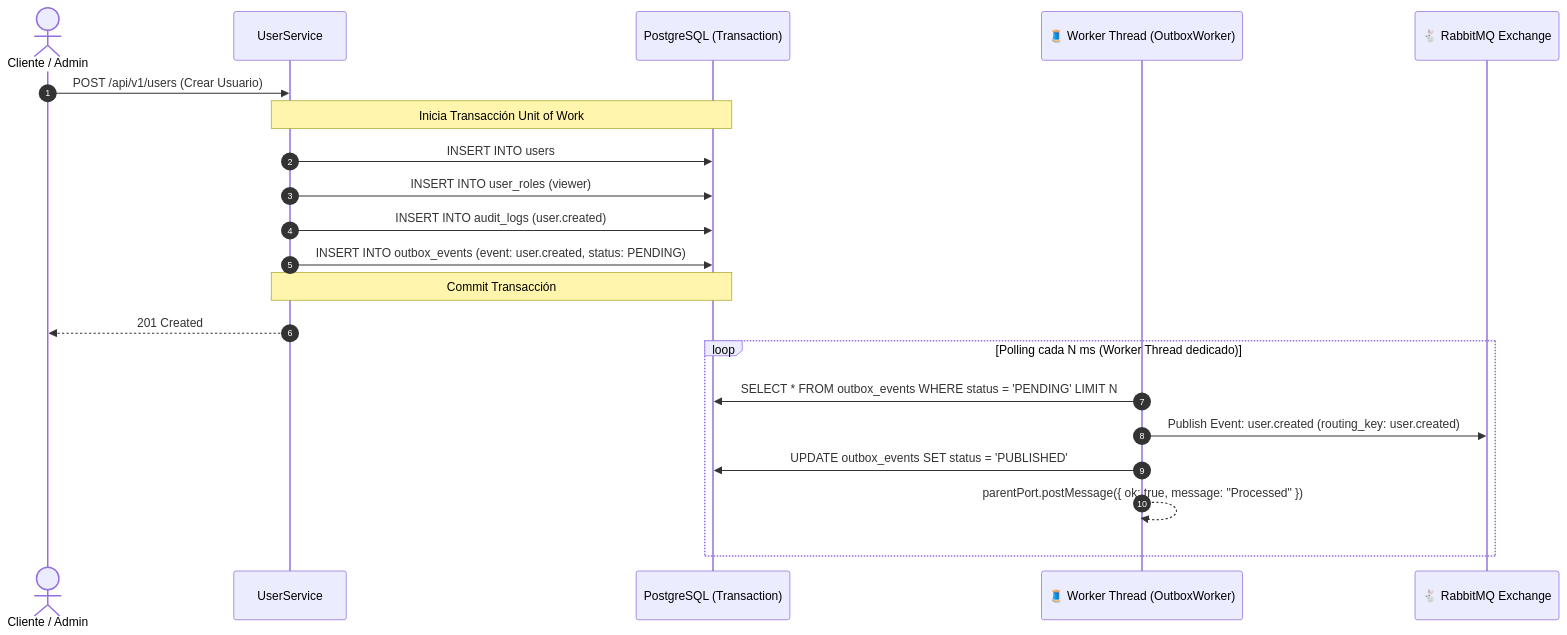
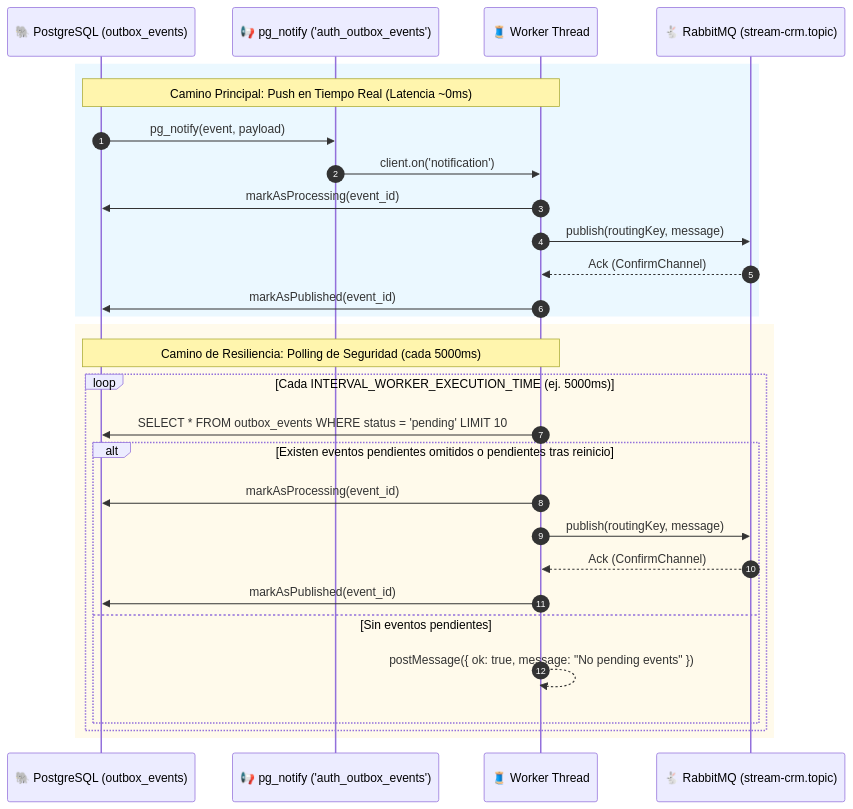
One commit to nrv23/StreamCRM-App changed the third of 6 diagrams in apps/auth-service/README.md. Above: the diagram before and after it, drawn with Mermaid. The commit also changed other lines of this file and 1 other file, not shown here.

````diff
--- a/apps/auth-service/README.md
+++ b/apps/auth-service/README.md
@@ -146,25 +219,33 @@
 ```mermaid
 sequenceDiagram
     autonumber
-    actor Client as Cliente / Admin
-    participant Svc as UserService
-    participant DB as PostgreSQL (Transaction)
-    participant Worker as 🧵 Worker Thread (OutboxWorker)
-    participant Rabbit as 🐇 RabbitMQ Exchange
+    participant DB as 🐘 PostgreSQL (outbox_events)
+    participant Channel as 📢 pg_notify ('auth_outbox_events')
+    participant WorkerTh as 🧵 Worker Thread
+    participant Rabbit as 🐇 RabbitMQ (stream-crm.topic)
 
-    Client->>Svc: POST /api/v1/users (Crear Usuario)
-    Note over Svc,DB: Inicia Transacción Unit of Work
-    Svc->>DB: INSERT INTO users
-    Svc->>DB: INSERT INTO user_roles (viewer)
-    Svc->>DB: INSERT INTO audit_logs (user.created)
-    Svc->>DB: INSERT INTO outbox_events (event: user.created, status: PENDING)
-    Note over Svc,DB: Commit Transacción
-    Svc-->>Client: 201 Created
+    rect rgb(235, 248, 255)
+        note over DB,WorkerTh: Camino Principal: Push en Tiempo Real (Latencia ~0ms)
+        DB->>Channel: pg_notify(event, payload)
+        Channel->>WorkerTh: client.on('notification')
+        WorkerTh->>DB: markAsProcessing(event_id)
+        WorkerTh->>Rabbit: publish(routingKey, message)
+        Rabbit-->>WorkerTh: Ack (ConfirmChannel)
+        WorkerTh->>DB: markAsPublished(event_id)
+    end
 
-    loop Polling cada N ms (Worker Thread dedicado)
-        Worker->>DB: SELECT * FROM outbox_events WHERE status = 'PENDING' LIMIT N
-        Worker->>Rabbit: Publish Event: user.created (routing_key: user.created)
-        Worker->>DB: UPDATE outbox_events SET status = 'PUBLISHED'
-        Worker-->>Worker: parentPort.postMessage({ ok: true, message: "Processed" })
+    rect rgb(255, 250, 235)
+        note over DB,WorkerTh: Camino de Resiliencia: Polling de Seguridad (cada 5000ms)
+        loop Cada INTERVAL_WORKER_EXECUTION_TIME (ej. 5000ms)
+            WorkerTh->>DB: SELECT * FROM outbox_events WHERE status = 'pending' LIMIT 10
+            alt Existen eventos pendientes omitidos o pendientes tras reinicio
+                WorkerTh->>DB: markAsProcessing(event_id)
+                WorkerTh->>Rabbit: publish(routingKey, message)
+                Rabbit-->>WorkerTh: Ack (ConfirmChannel)
+                WorkerTh->>DB: markAsPublished(event_id)
+            else Sin eventos pendientes
+                WorkerTh-->>WorkerTh: postMessage({ ok: true, message: "No pending events" })
+            end
+        end
     end
 ```
````
